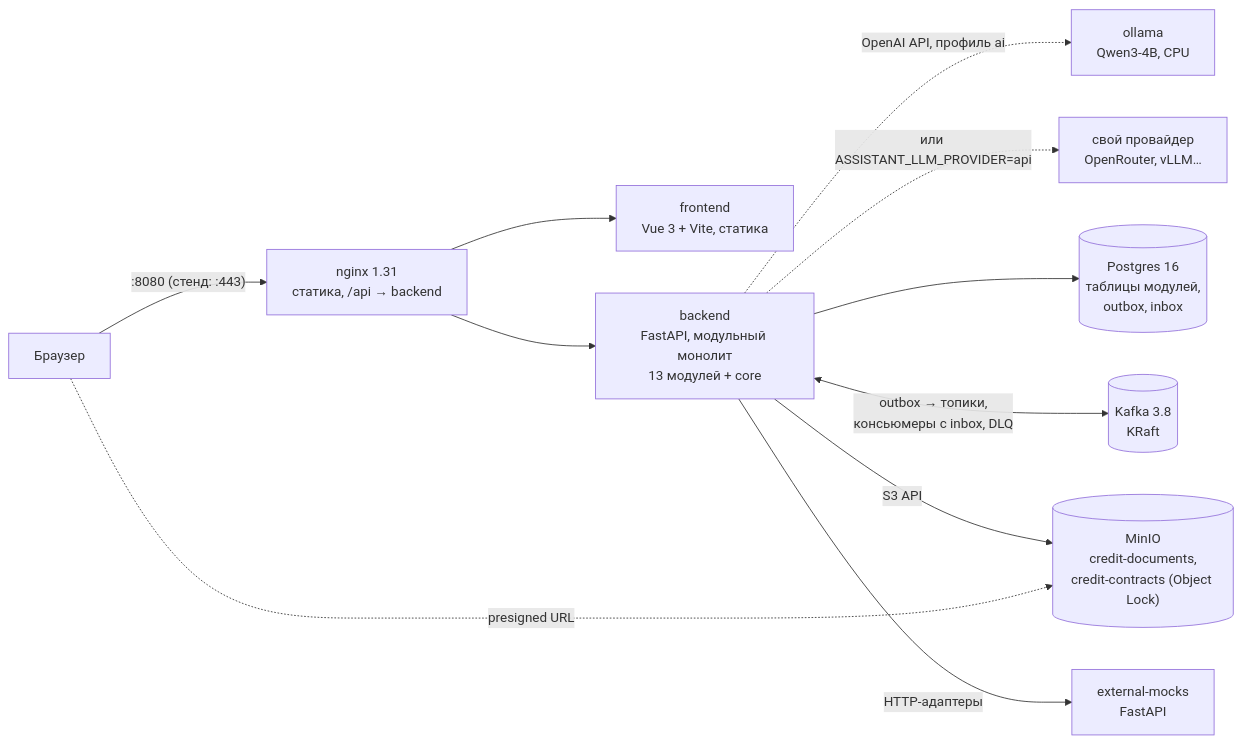
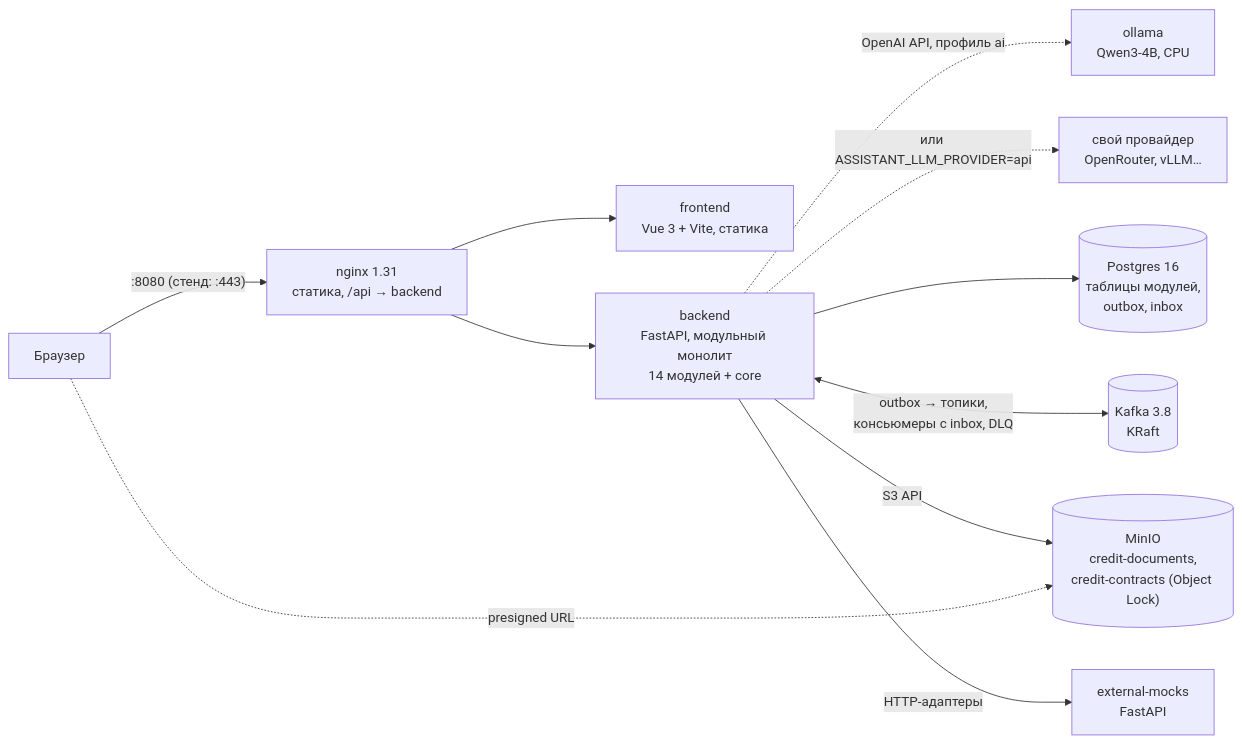
The second of 8 diagrams in docs/architecture/architecture.md (1nsanexeEZ/hackaton_alfabank_2026), drawn with Mermaid before and after one commit. The commit also changed other lines of this file and 41 other files, not shown here.

First line of the commit message:
docs: документация сверена с кодом — сквозная архитектура скоринга и решения, карта документов, путеводитель по API, схема draw.io со страницей скоринга; legacy-документы удалены (#28)

````diff
--- a/docs/architecture/architecture.md
+++ b/docs/architecture/architecture.md
@@ -64,13 +64,13 @@
 ```mermaid
 flowchart LR
     Browser["Браузер"] -->|":8080 (стенд: :443)"| Nginx["nginx 1.31<br/>статика, /api → backend"]
     Nginx --> Frontend["frontend<br/>Vue 3 + Vite, статика"]
-    Nginx --> Backend["backend<br/>FastAPI, модульный монолит<br/>13 модулей + core"]
+    Nginx --> Backend["backend<br/>FastAPI, модульный монолит<br/>14 модулей + core"]
     Backend -.->|"OpenAI API, профиль ai"| Ollama["ollama<br/>Qwen3-4B, CPU"]
     Backend -.->|"или ASSISTANT_LLM_PROVIDER=api"| Provider["свой провайдер<br/>OpenRouter, vLLM…"]
     Backend --> Postgres[("Postgres 16<br/>таблицы модулей,<br/>outbox, inbox")]
     Backend <-->|"outbox → топики,<br/>консьюмеры с inbox, DLQ"| Kafka[("Kafka 3.8<br/>KRaft")]
     Backend -->|"S3 API"| MinIO[("MinIO<br/>credit-documents,<br/>credit-contracts (Object Lock)")]
     Browser -.->|"presigned URL"| MinIO
     Backend -->|"HTTP-адаптеры"| Mocks["external-mocks<br/>FastAPI"]
 ```
````
